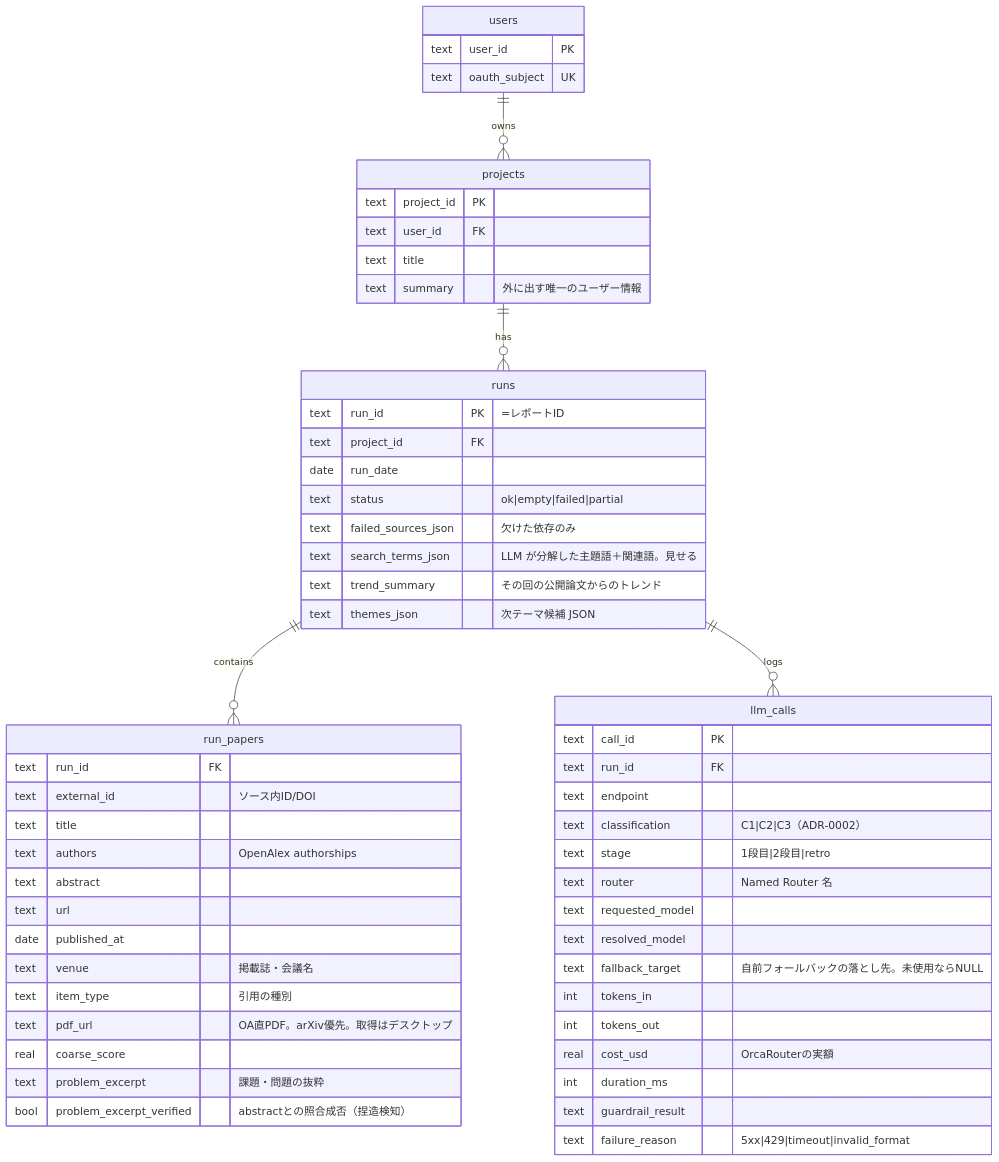
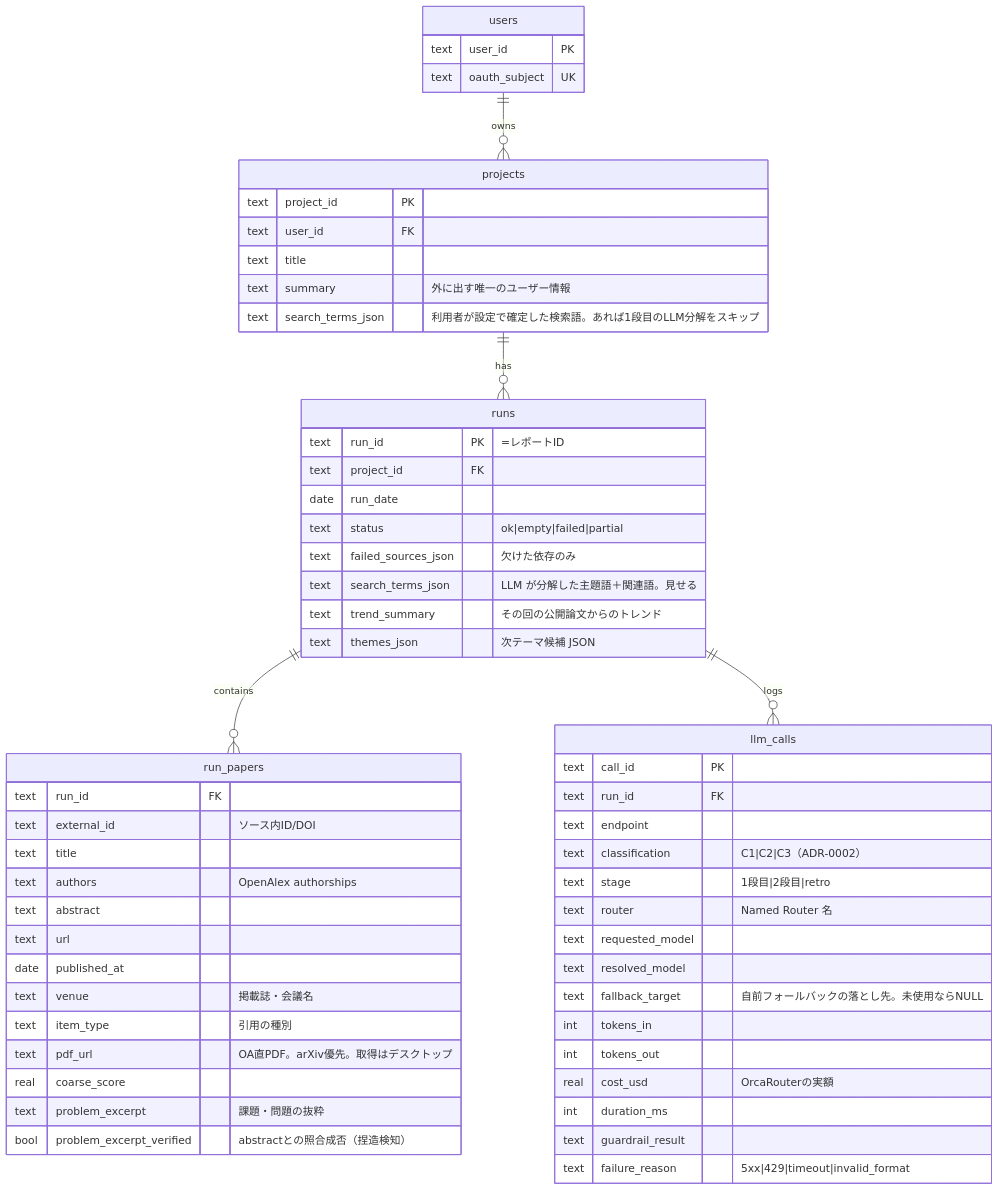
The first of 2 diagrams in docs/er-diagram.md (uzak0209/AI-Research), drawn with Mermaid before and after one commit. The commit also changed other lines of this file, not shown here.

First line of the commit message:
docs: ER図にtags・reference_tags・cite_exports・projects.search_terms_jsonを追記

````diff
--- a/docs/er-diagram.md
+++ b/docs/er-diagram.md
@@ -32,60 +32,61 @@
 ```mermaid
 erDiagram
     users ||--o{ projects : owns
     projects ||--o{ runs : has
     runs ||--o{ run_papers : contains
     runs ||--o{ llm_calls : logs
 
     users {
         text user_id PK
         text oauth_subject UK
     }
     projects {
         text project_id PK
         text user_id FK
         text title
         text summary "外に出す唯一のユーザー情報"
+        text search_terms_json "利用者が設定で確定した検索語。あれば1段目のLLM分解をスキップ"
     }
     runs {
         text run_id PK "=レポートID"
         text project_id FK
         date run_date
         text status "ok|empty|failed|partial"
         text failed_sources_json "欠けた依存のみ"
         text search_terms_json "LLM が分解した主題語＋関連語。見せる"
         text trend_summary "その回の公開論文からのトレンド"
         text themes_json "次テーマ候補 JSON"
     }
     run_papers {
         text run_id FK
         text external_id "ソース内ID/DOI"
         text title
         text authors "OpenAlex authorships"
         text abstract
         text url
         date published_at
         text venue "掲載誌・会議名"
         text item_type "引用の種別"
         text pdf_url "OA直PDF。arXiv優先。取得はデスクトップ"
         real coarse_score
         text problem_excerpt "課題・問題の抜粋"
         bool problem_excerpt_verified "abstractとの照合成否（捏造検知）"
     }
     llm_calls {
         text call_id PK
         text run_id FK
         text endpoint
         text classification "C1|C2|C3（ADR-0002）"
         text stage "1段目|2段目|retro"
         text router "Named Router 名"
         text requested_model
         text resolved_model
         text fallback_target "自前フォールバックの落とし先。未使用ならNULL"
         int tokens_in
         int tokens_out
         real cost_usd "OrcaRouterの実額"
         int duration_ms
         text guardrail_result
         text failure_reason "5xx|429|timeout|invalid_format"
     }
 ```
````
